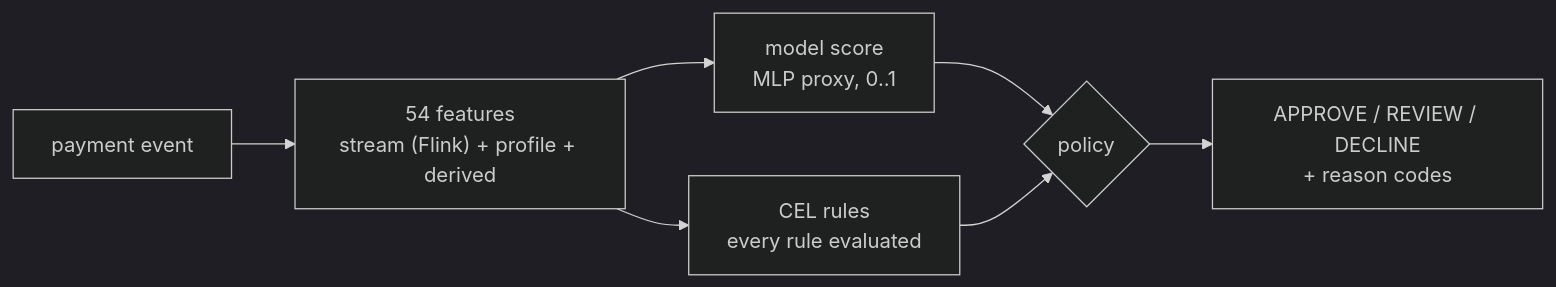
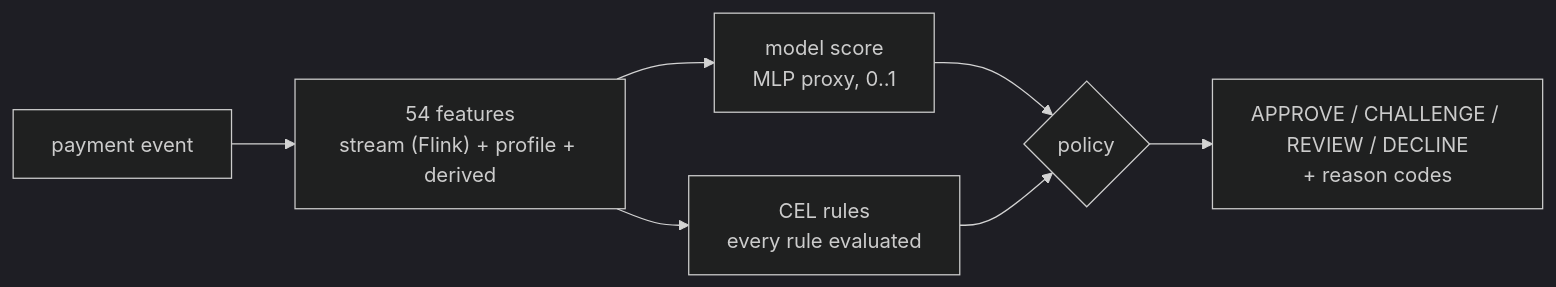
The diagram in docs/fraud-detection.md (rkrumins/realy), drawn with Mermaid (dark theme) before and after one commit. The commit also changed other lines of this file and 37 other files, not shown here.

First line of the commit message:
Step-up (CHALLENGE) as a real outcome, honest review semantics, baseline-v4

````diff
--- a/docs/fraud-detection.md
+++ b/docs/fraud-detection.md
@@ -12,9 +12,9 @@
 ```mermaid
 flowchart LR
   E["payment event"] --> F["54 features<br/>stream (Flink) + profile + derived"]
   F --> M["model score<br/>MLP proxy, 0..1"]
   F --> R["CEL rules<br/>every rule evaluated"]
   M --> P{"policy"}
   R --> P
-  P --> O["APPROVE / REVIEW / DECLINE<br/>+ reason codes"]
+  P --> O["APPROVE / CHALLENGE / REVIEW / DECLINE<br/>+ reason codes"]
 ```
````
